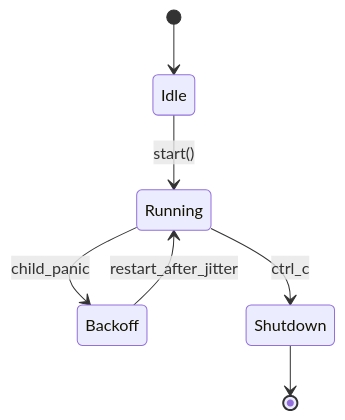
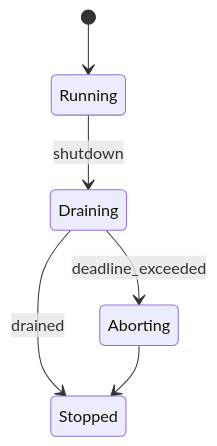
One commit to Y3LLOWVESTS/rustyonions changed the third of 3 diagrams in crates/macronode/docs/README.MD. Above: the diagram before and after it, drawn with Mermaid. The commit also changed other lines of this file and 103 other files, not shown here.

````diff
--- a/crates/macronode/docs/README.MD
+++ b/crates/macronode/docs/README.MD
@@ -301,9 +267,8 @@
 ```mermaid
 stateDiagram-v2
-  [*] --> Idle
-  Idle --> Running: start()
-  Running --> Backoff: child_panic
-  Backoff --> Running: restart_after_jitter
-  Running --> Shutdown: ctrl_c
-  Shutdown --> [*]
+  [*] --> Running
+  Running --> Draining: shutdown
+  Draining --> Aborting: deadline_exceeded
+  Draining --> Stopped: drained
+  Aborting --> Stopped
 ```
````
